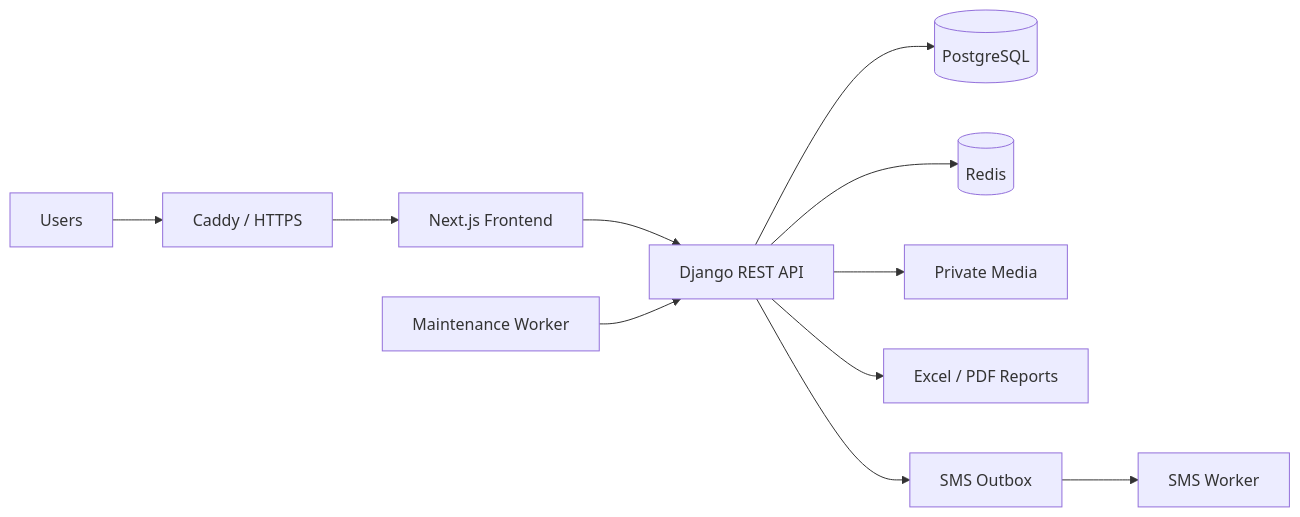
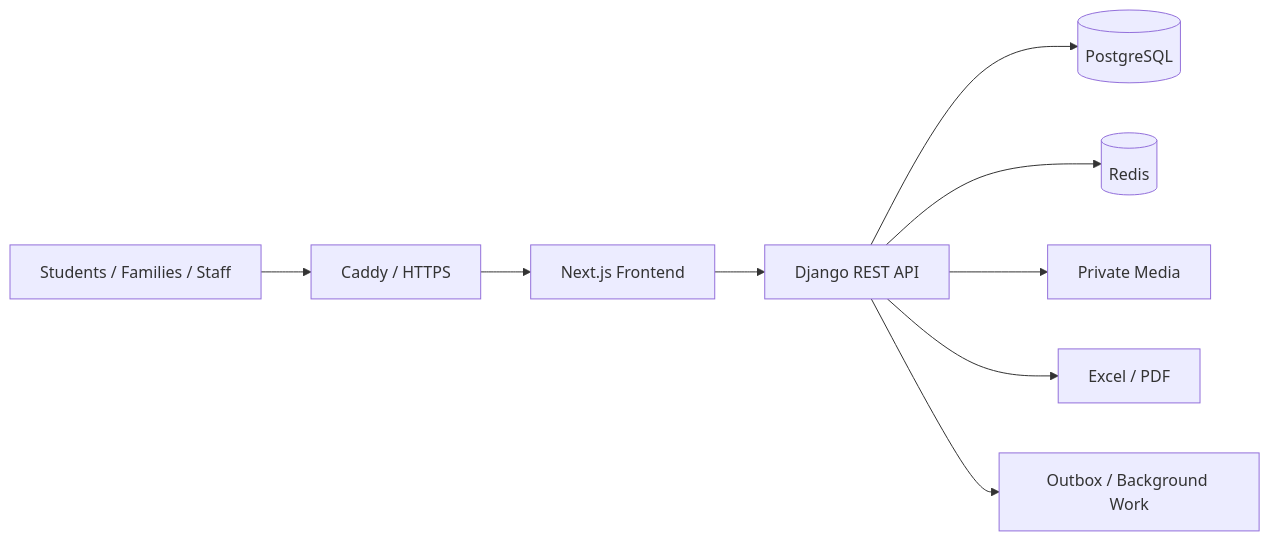
Before and after one commit to AmirrSarhadi/AmirrSarhadi: the diagram in projects/school-lms.md, drawn with Mermaid. The commit also changed other lines of this file, not shown here.

````diff
--- a/projects/school-lms.md
+++ b/projects/school-lms.md
@@ -69,13 +54,11 @@
 ```mermaid
 flowchart LR
-    U[Users] --> C[Caddy / HTTPS]
+    U[Students / Families / Staff] --> C[Caddy / HTTPS]
     C --> F[Next.js Frontend]
     F --> B[Django REST API]
     B --> P[(PostgreSQL)]
     B --> R[(Redis)]
     B --> M[Private Media]
-    B --> X[Excel / PDF Reports]
-    B --> S[SMS Outbox]
-    S --> W[SMS Worker]
-    T[Maintenance Worker] --> B
+    B --> X[Excel / PDF]
+    B --> Q[Outbox / Background Work]
 ```
````
